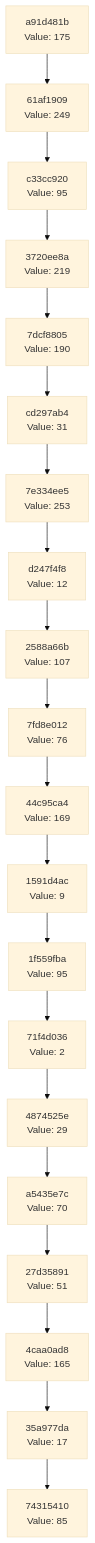
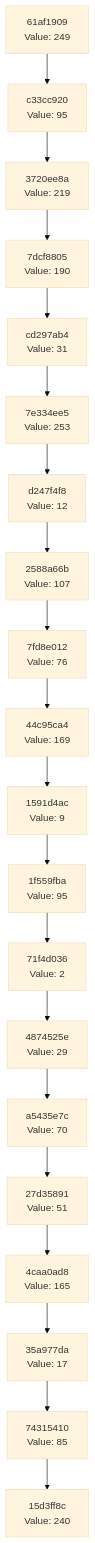
The diagram in docs/CHAIN_VISUALIZATION.md (Abhisheksinha1506/hash-chain-evolver), drawn with Mermaid (base theme) before and after one commit. The commit also changed 3 other files, not shown here.

````diff
--- a/docs/CHAIN_VISUALIZATION.md
+++ b/docs/CHAIN_VISUALIZATION.md
@@ -3,42 +3,42 @@
 ```mermaid
 graph TD
-    C0["74315410<br/>Value: 85"]
-    C1["35a977da<br/>Value: 17"]
+    C0["15d3ff8c<br/>Value: 240"]
+    C1["74315410<br/>Value: 85"]
     C1 --> C0
-    C2["4caa0ad8<br/>Value: 165"]
+    C2["35a977da<br/>Value: 17"]
     C2 --> C1
-    C3["27d35891<br/>Value: 51"]
+    C3["4caa0ad8<br/>Value: 165"]
     C3 --> C2
-    C4["a5435e7c<br/>Value: 70"]
+    C4["27d35891<br/>Value: 51"]
     C4 --> C3
-    C5["4874525e<br/>Value: 29"]
+    C5["a5435e7c<br/>Value: 70"]
     C5 --> C4
-    C6["71f4d036<br/>Value: 2"]
+    C6["4874525e<br/>Value: 29"]
     C6 --> C5
-    C7["1f559fba<br/>Value: 95"]
+    C7["71f4d036<br/>Value: 2"]
     C7 --> C6
-    C8["1591d4ac<br/>Value: 9"]
+    C8["1f559fba<br/>Value: 95"]
     C8 --> C7
-    C9["44c95ca4<br/>Value: 169"]
+    C9["1591d4ac<br/>Value: 9"]
     C9 --> C8
-    C10["7fd8e012<br/>Value: 76"]
+    C10["44c95ca4<br/>Value: 169"]
     C10 --> C9
-    C11["2588a66b<br/>Value: 107"]
+    C11["7fd8e012<br/>Value: 76"]
     C11 --> C10
-    C12["d247f4f8<br/>Value: 12"]
+    C12["2588a66b<br/>Value: 107"]
     C12 --> C11
-    C13["7e334ee5<br/>Value: 253"]
+    C13["d247f4f8<br/>Value: 12"]
     C13 --> C12
-    C14["cd297ab4<br/>Value: 31"]
+    C14["7e334ee5<br/>Value: 253"]
     C14 --> C13
-    C15["7dcf8805<br/>Value: 190"]
+    C15["cd297ab4<br/>Value: 31"]
     C15 --> C14
-    C16["3720ee8a<br/>Value: 219"]
+    C16["7dcf8805<br/>Value: 190"]
     C16 --> C15
-    C17["c33cc920<br/>Value: 95"]
+    C17["3720ee8a<br/>Value: 219"]
     C17 --> C16
-    C18["61af1909<br/>Value: 249"]
+    C18["c33cc920<br/>Value: 95"]
     C18 --> C17
-    C19["a91d481b<br/>Value: 175"]
+    C19["61af1909<br/>Value: 249"]
     C19 --> C18
 ```
````
